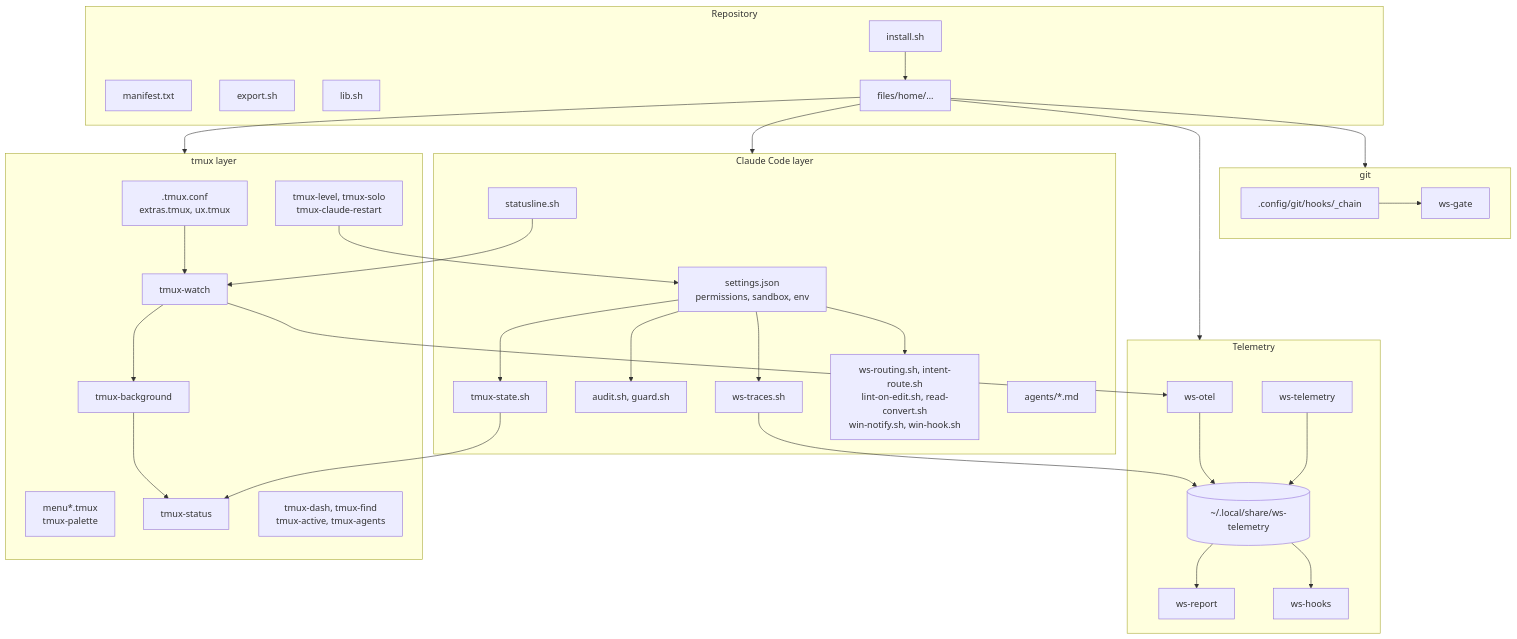
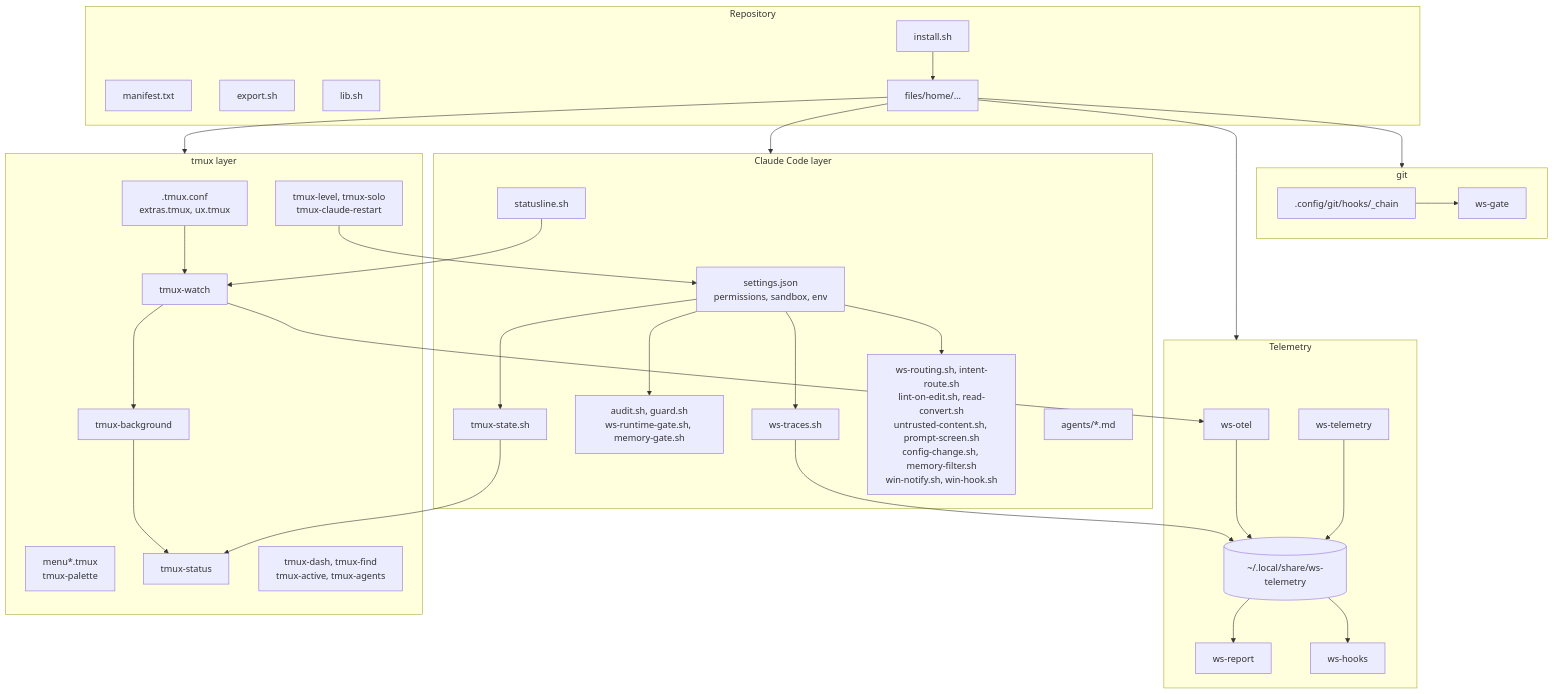
One commit to andreshma/claude-workstation changed the third of 11 diagrams in docs/DIAGRAMS.md. Above: the diagram before and after it, drawn with Mermaid. The commit also changed other lines of this file and 23 other files, not shown here.

````diff
--- a/docs/DIAGRAMS.md
+++ b/docs/DIAGRAMS.md
@@ -102,56 +102,56 @@
 ```mermaid
 flowchart TB
   subgraph kit["Repository"]
     manifest["manifest.txt"]
     exp["export.sh"]
     inst["install.sh"]
     lib["lib.sh"]
     payload["files/home/…"]
   end
 
   subgraph tmuxl["tmux layer"]
     conf[".tmux.conf<br/>extras.tmux, ux.tmux"]
     menus["menu*.tmux<br/>tmux-palette"]
     watch["tmux-watch"]
     bg["tmux-background"]
     status["tmux-status"]
     views["tmux-dash, tmux-find<br/>tmux-active, tmux-agents"]
     levels["tmux-level, tmux-solo<br/>tmux-claude-restart"]
   end
 
   subgraph claudel["Claude Code layer"]
     settings["settings.json<br/>permissions, sandbox, env"]
     state["tmux-state.sh"]
-    guard["audit.sh, guard.sh"]
+    guard["audit.sh, guard.sh<br/>ws-runtime-gate.sh, memory-gate.sh"]
     traces["ws-traces.sh"]
-    other["ws-routing.sh, intent-route.sh<br/>lint-on-edit.sh, read-convert.sh<br/>win-notify.sh, win-hook.sh"]
+    other["ws-routing.sh, intent-route.sh<br/>lint-on-edit.sh, read-convert.sh<br/>untrusted-content.sh, prompt-screen.sh<br/>config-change.sh, memory-filter.sh<br/>win-notify.sh, win-hook.sh"]
     sl["statusline.sh"]
     agents["agents/*.md"]
   end
 
   subgraph telem["Telemetry"]
     otel["ws-otel"]
     wst["ws-telemetry"]
     report["ws-report"]
     hooksum["ws-hooks"]
     data[("~/.local/share/ws-telemetry")]
   end
 
   subgraph gitl["git"]
     chain[".config/git/hooks/_chain"]
     gate["ws-gate"]
   end
 
   inst --> payload --> tmuxl & claudel & telem & gitl
   conf --> watch --> bg --> status
   watch --> otel
   settings --> state & guard & traces & other
   state --> status
   sl --> watch
   traces --> data
   otel --> data
   wst --> data
   data --> report & hooksum
   levels --> settings
   chain --> gate
 ```
````
